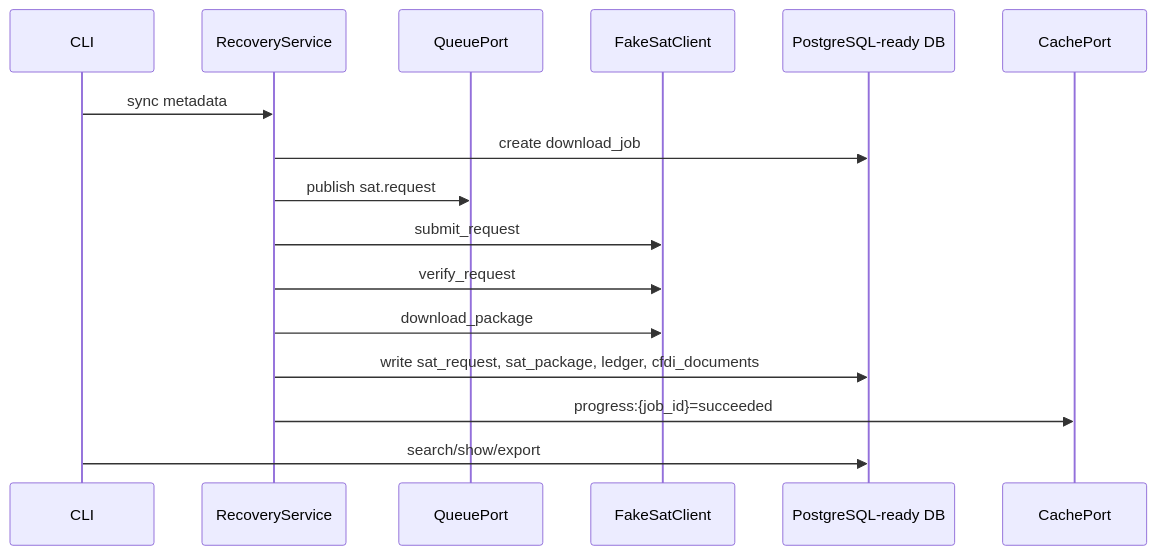
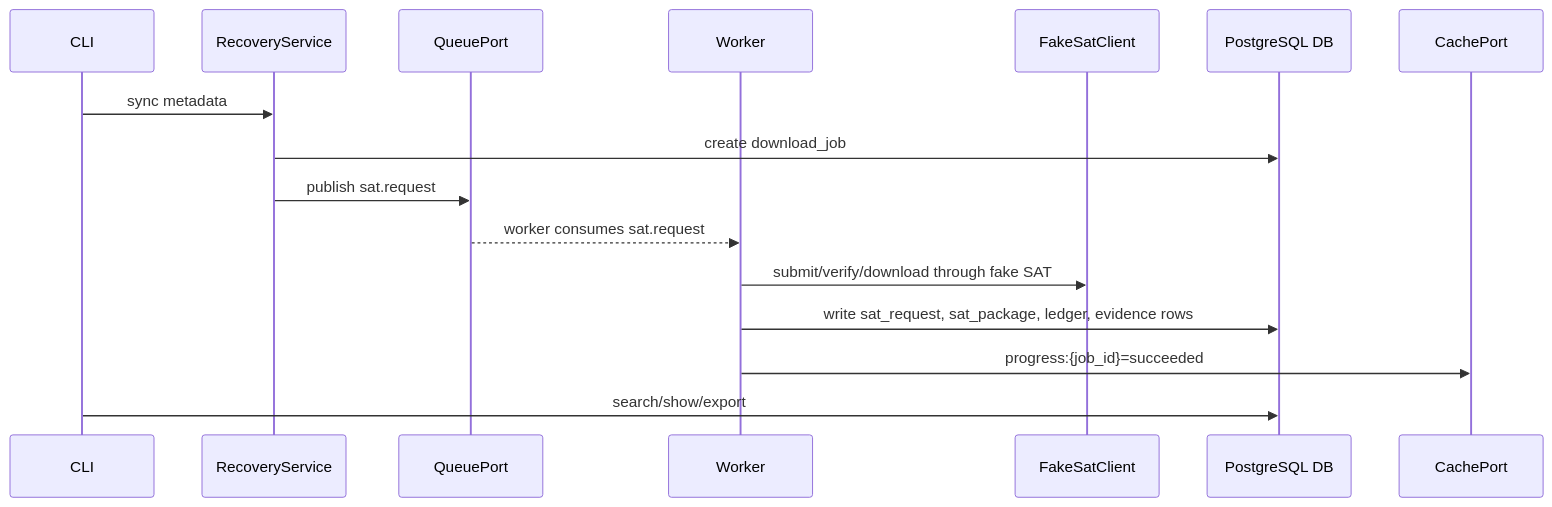
The second of 3 diagrams in docs/recovery-v2.md (Crls8a/cfdi-vault-mx), drawn with Mermaid before and after one commit. The commit also changed other lines of this file and 27 other files, not shown here.

Commit message:
docs(architecture): document postgres queue api contract

````diff
--- a/docs/recovery-v2.md
+++ b/docs/recovery-v2.md
@@ -52,19 +52,19 @@
 ```mermaid
 sequenceDiagram
     participant CLI
     participant App as RecoveryService
     participant MQ as QueuePort
+    participant Worker
     participant SAT as FakeSatClient
-    participant DB as PostgreSQL-ready DB
+    participant DB as PostgreSQL DB
     participant Cache as CachePort
 
     CLI->>App: sync metadata
     App->>DB: create download_job
     App->>MQ: publish sat.request
-    App->>SAT: submit_request
-    App->>SAT: verify_request
-    App->>SAT: download_package
-    App->>DB: write sat_request, sat_package, ledger, cfdi_documents
-    App->>Cache: progress:{job_id}=succeeded
+    MQ-->>Worker: worker consumes sat.request
+    Worker->>SAT: submit/verify/download through fake SAT
+    Worker->>DB: write sat_request, sat_package, ledger, evidence rows
+    Worker->>Cache: progress:{job_id}=succeeded
     CLI->>DB: search/show/export
 ```
````
